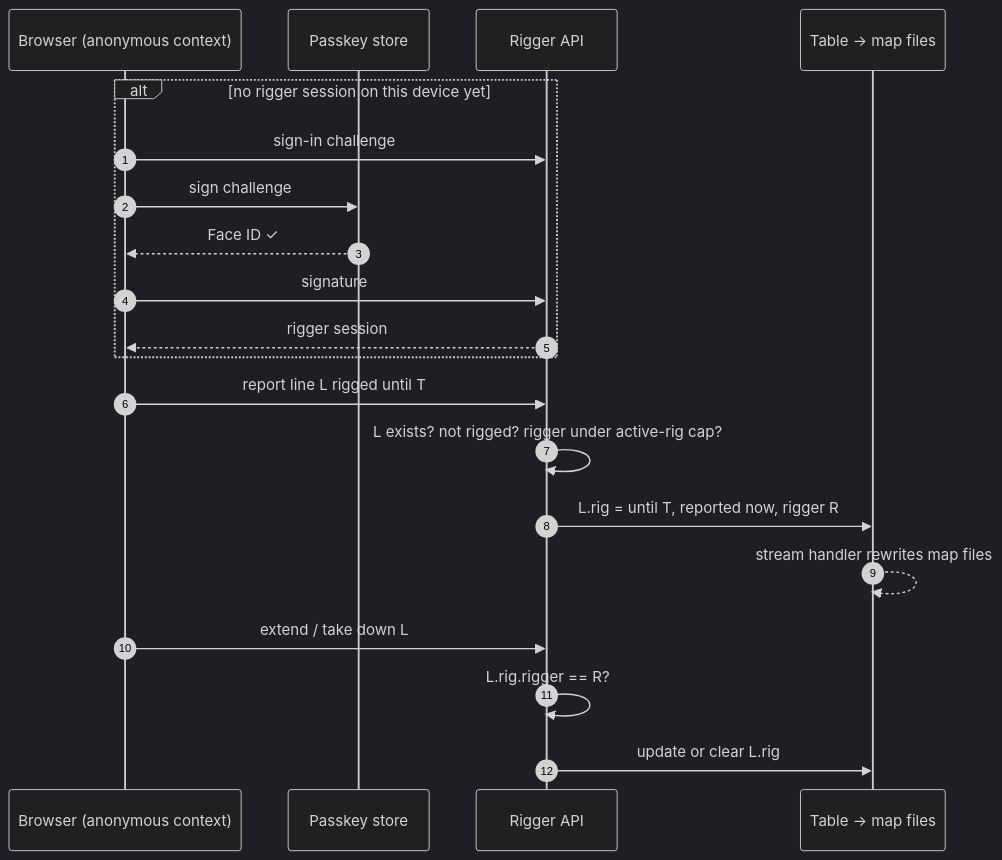
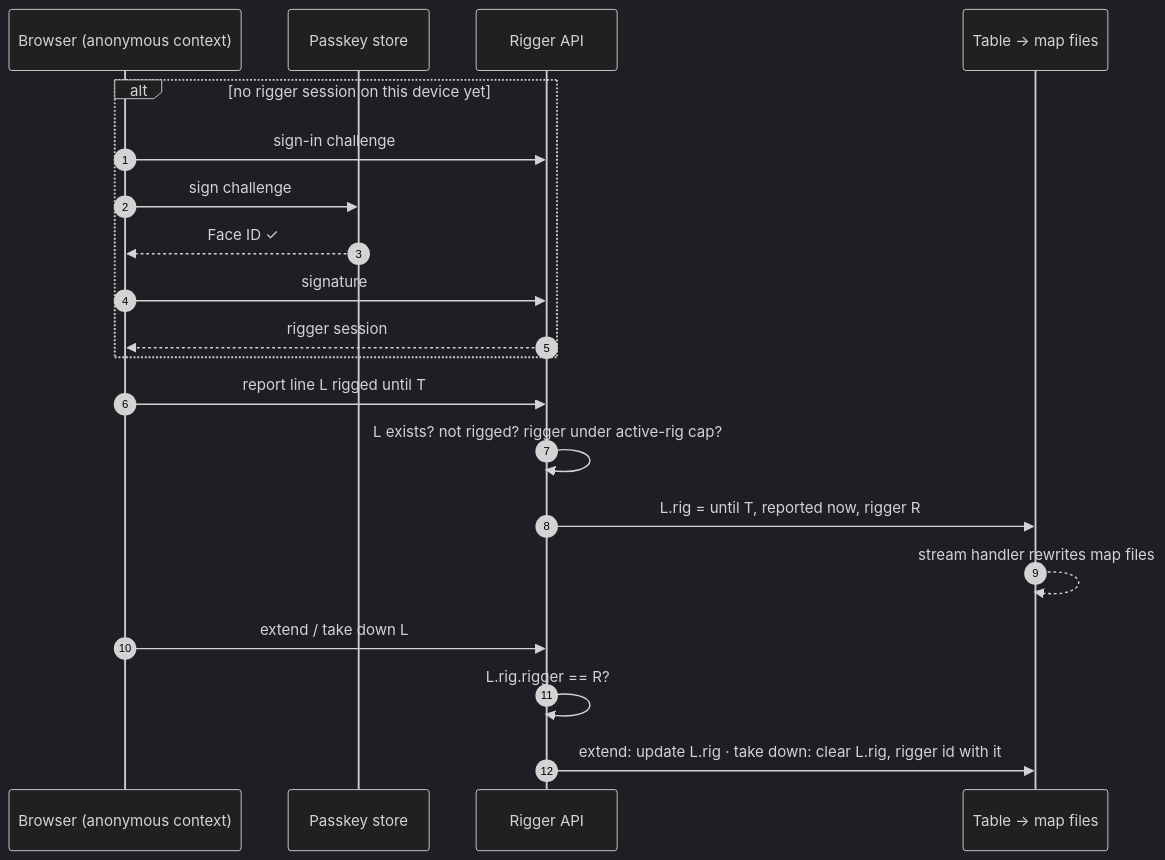
One commit to International-Slackline-Association/isa changed the fourth of 13 diagrams in specs/slackmap-live-lines/flows.md. Above: the diagram before and after it, drawn with Mermaid (dark theme). The commit also changed other lines of this file and 3 other files, not shown here.

Commit message:
specs/slackmap-live-lines: no fallback for devices without passkeys; a rig forgets its rigger when it ends; riggers deleted after 12 months without an active rig

````diff
--- a/specs/slackmap-live-lines/flows.md
+++ b/specs/slackmap-live-lines/flows.md
@@ -93,22 +93,22 @@
 ```mermaid
 sequenceDiagram
     autonumber
     participant B as Browser (anonymous context)
     participant K as Passkey store
     participant R as Rigger API
     participant T as Table → map files
     alt no rigger session on this device yet
         B->>R: sign-in challenge
         B->>K: sign challenge
         K-->>B: Face ID ✓
         B->>R: signature
         R-->>B: rigger session
     end
     B->>R: report line L rigged until T
     R->>R: L exists? not rigged? rigger under active-rig cap?
     R->>T: L.rig = until T, reported now, rigger R
     T-->>T: stream handler rewrites map files
     B->>R: extend / take down L
     R->>R: L.rig.rigger == R?
-    R->>T: update or clear L.rig
+    R->>T: extend: update L.rig · take down: clear L.rig, rigger id with it
 ```
````
